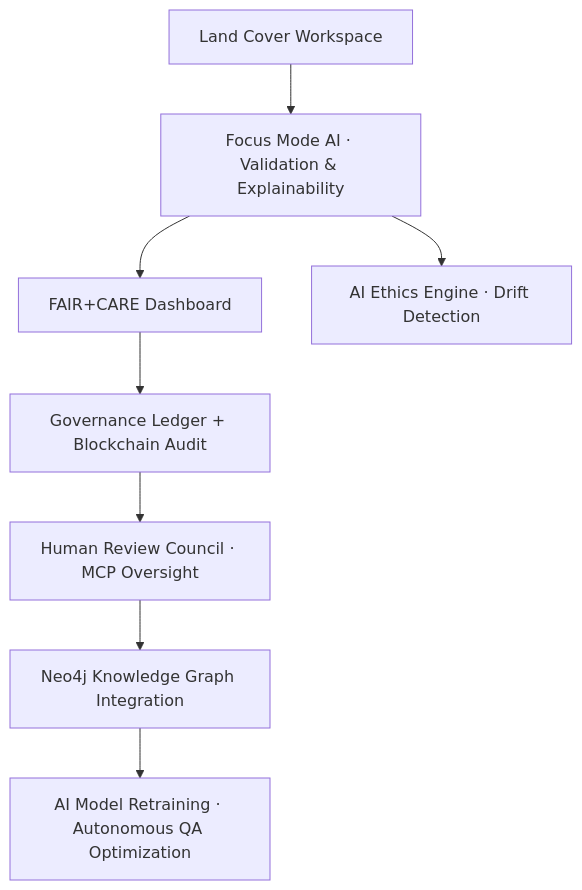
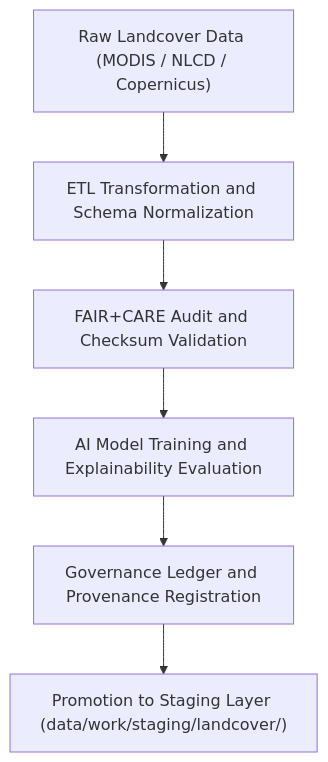
One commit to bartytime4life/Kansas-Frontier-Matrix changed the diagram in data/work/tmp/landcover/README.md. Above: the diagram before and after it, drawn with Mermaid. The commit also changed other lines of this file, not shown here.

````diff
--- a/data/work/tmp/landcover/README.md
+++ b/data/work/tmp/landcover/README.md
@@ -68,10 +100,8 @@
 ```mermaid
-graph TD
-A[Land Cover Workspace] --> B[Focus Mode AI · Validation & Explainability]
-B --> C[FAIR+CARE Dashboard]
-B --> D[AI Ethics Engine · Drift Detection]
-C --> E[Governance Ledger + Blockchain Audit]
-E --> F[Human Review Council · MCP Oversight]
-F --> G[Neo4j Knowledge Graph Integration]
-G --> H[AI Model Retraining · Autonomous QA Optimization]
+flowchart TD
+    A["Raw Landcover Data (MODIS / NLCD / Copernicus)"] --> B["ETL Transformation and Schema Normalization"]
+    B --> C["FAIR+CARE Audit and Checksum Validation"]
+    C --> D["AI Model Training and Explainability Evaluation"]
+    D --> E["Governance Ledger and Provenance Registration"]
+    E --> F["Promotion to Staging Layer (data/work/staging/landcover/)"]
 ```
````
